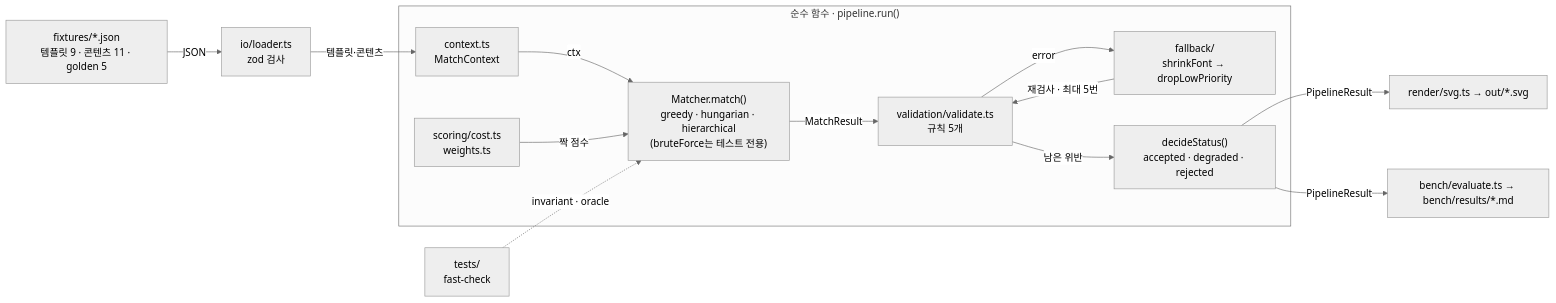
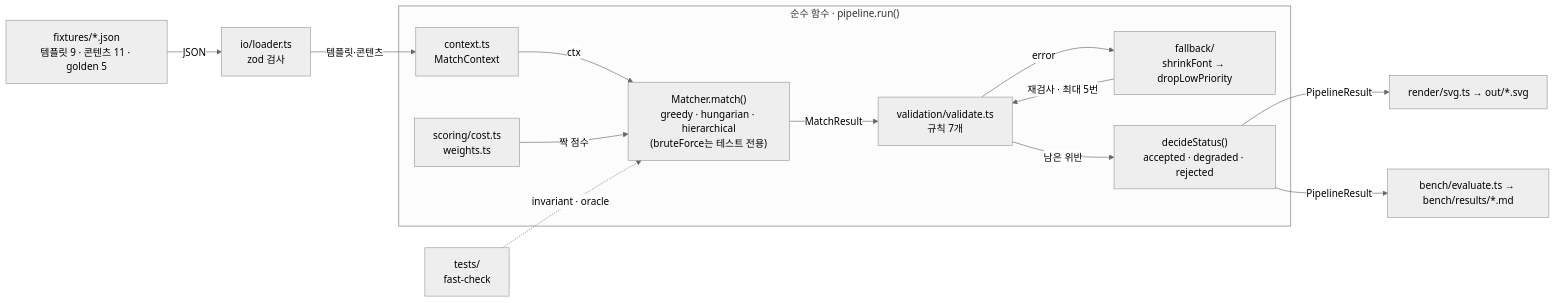
The diagram in README.md (AnTaeho/slotfit), drawn with Mermaid (neutral theme) before and after one commit. The commit also changed other lines of this file and 4 other files, not shown here.

````diff
--- a/README.md
+++ b/README.md
@@ -21,16 +21,16 @@
 ```mermaid
 flowchart LR
   F["fixtures/*.json<br/>템플릿 9 · 콘텐츠 11 · golden 5"] -->|JSON| L["io/loader.ts<br/>zod 검사"]
   subgraph CORE["순수 함수 · pipeline.run()"]
     C["context.ts<br/>MatchContext"] -->|ctx| M["Matcher.match()<br/>greedy · hungarian · hierarchical<br/>(bruteForce는 테스트 전용)"]
     S["scoring/cost.ts<br/>weights.ts"] -->|짝 점수| M
-    M -->|MatchResult| V["validation/validate.ts<br/>규칙 5개"]
+    M -->|MatchResult| V["validation/validate.ts<br/>규칙 7개"]
     V -->|error| FB["fallback/<br/>shrinkFont → dropLowPriority"]
     FB -->|재검사 · 최대 5번| V
     V -->|남은 위반| D["decideStatus()<br/>accepted · degraded · rejected"]
   end
   L -->|템플릿·콘텐츠| C
   D -->|PipelineResult| R["render/svg.ts → out/*.svg"]
   D -->|PipelineResult| B["bench/evaluate.ts → bench/results/*.md"]
   T["tests/<br/>fast-check"] -. invariant · oracle .-> M
 ```
````
